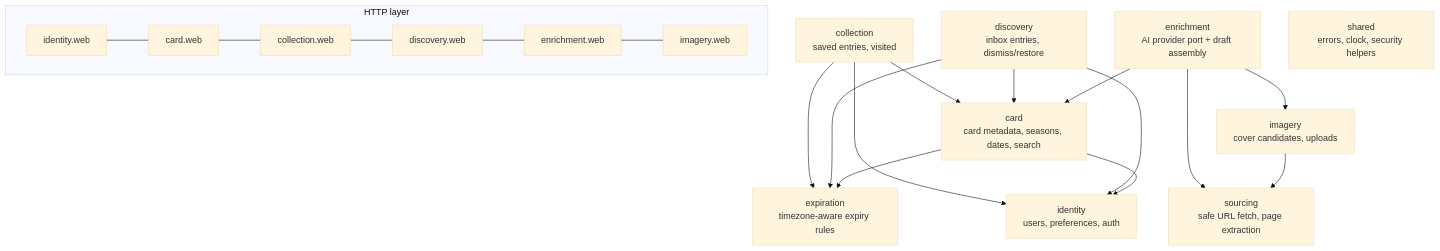
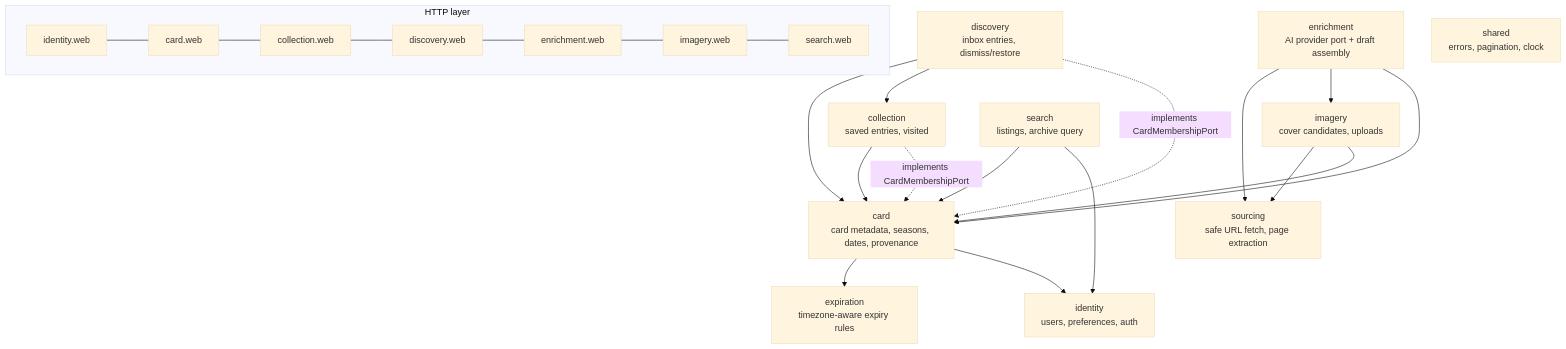
Before and after one commit to anniigr/almanook: the second of 3 diagrams in docs/architecture.md, drawn with Mermaid (base theme). The commit also changed other lines of this file and 4 other files, not shown here.

Commit message:
docs: README with real screenshots, diagrams, setup and limitations; align architecture and API docs with the code

````diff
--- a/docs/architecture.md
+++ b/docs/architecture.md
@@ -27,29 +27,32 @@
 ```mermaid
 flowchart TB
     subgraph web[HTTP layer]
       direction LR
-      C1[identity.web] --- C2[card.web] --- C3[collection.web] --- C4[discovery.web] --- C5[enrichment.web] --- C6[imagery.web]
+      C1[identity.web] --- C2[card.web] --- C3[collection.web] --- C4[discovery.web] --- C5[enrichment.web] --- C6[imagery.web] --- C7[search.web]
     end
     identity[identity<br/>users, preferences, auth]
-    card[card<br/>card metadata, seasons, dates, search]
+    card[card<br/>card metadata, seasons, dates, provenance]
     collection[collection<br/>saved entries, visited]
     discovery[discovery<br/>inbox entries, dismiss/restore]
     expiration[expiration<br/>timezone-aware expiry rules]
     enrichment[enrichment<br/>AI provider port + draft assembly]
     sourcing[sourcing<br/>safe URL fetch, page extraction]
     imagery[imagery<br/>cover candidates, uploads]
-    shared[shared<br/>errors, clock, security helpers]
+    shared[shared<br/>errors, pagination, clock]
 
+    search[search<br/>listings, archive query]
     collection --> card
     discovery --> card
-    collection --> expiration
-    discovery --> expiration
+    discovery --> collection
     card --> expiration
+    card --> identity
+    search --> card
+    search --> identity
     enrichment --> sourcing
     enrichment --> imagery
+    enrichment --> card
     imagery --> sourcing
-    collection --> identity
-    discovery --> identity
-    card --> identity
-    enrichment --> card
+    imagery --> card
+    collection -. "implements CardMembershipPort" .-> card
+    discovery -. "implements CardMembershipPort" .-> card
 ```
````
